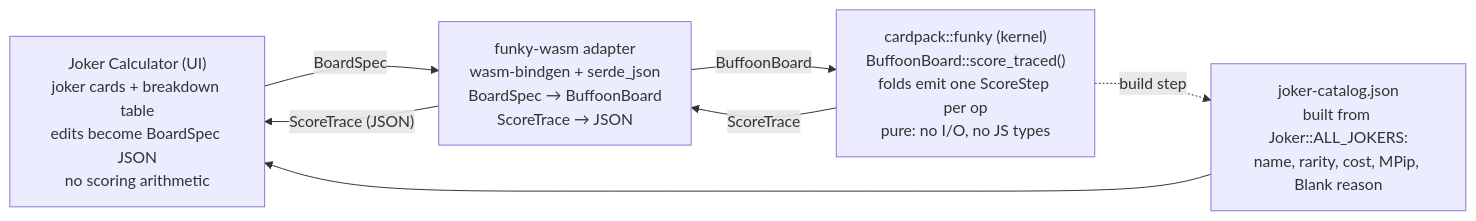
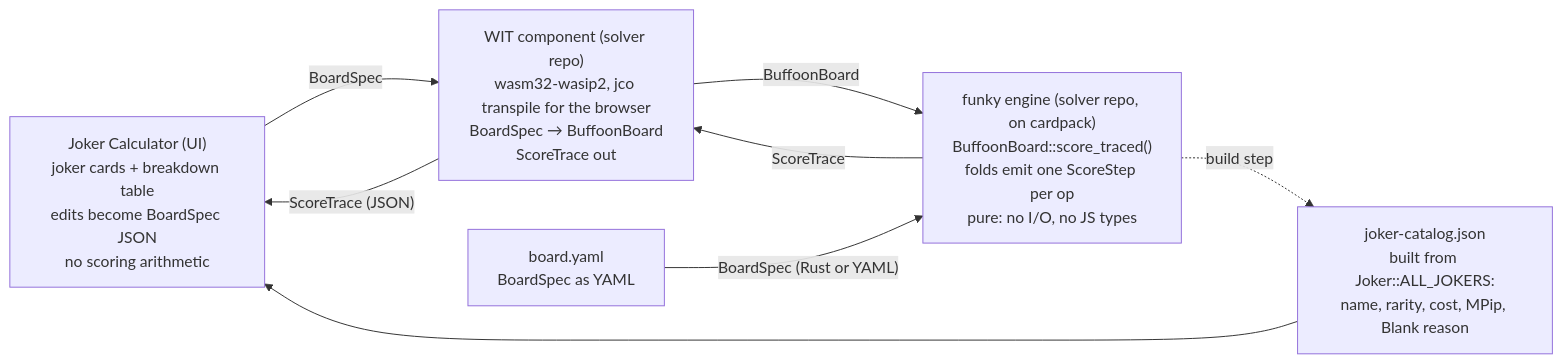
Before and after one commit to ImperialBower/cardpack.rs: the diagram in docs/EPIC-05_Joker_Calculator.md, drawn with Mermaid. The commit also changed other lines of this file and 10 other files, not shown here.

Commit message:
docs: EPIC-06 Funky Extraction into buffoonery; EPIC-05 reworked for WIT

````diff
--- a/docs/EPIC-05_Joker_Calculator.md
+++ b/docs/EPIC-05_Joker_Calculator.md
@@ -70,13 +80,15 @@
 ```mermaid
 flowchart LR
     UI["Joker Calculator (UI)<br/>joker cards + breakdown table<br/>edits become BoardSpec JSON<br/>no scoring arithmetic"]
-    AD["funky-wasm adapter<br/>wasm-bindgen + serde_json<br/>BoardSpec → BuffoonBoard<br/>ScoreTrace → JSON"]
-    K["cardpack::funky (kernel)<br/>BuffoonBoard::score_traced()<br/>folds emit one ScoreStep per op<br/>pure: no I/O, no JS types"]
+    AD["WIT component (solver repo)<br/>wasm32-wasip2, jco transpile for the browser<br/>BoardSpec → BuffoonBoard<br/>ScoreTrace out"]
+    K["funky engine (solver repo, on cardpack)<br/>BuffoonBoard::score_traced()<br/>folds emit one ScoreStep per op<br/>pure: no I/O, no JS types"]
+    Y["board.yaml<br/>BoardSpec as YAML"]
     CAT["joker-catalog.json<br/>built from Joker::ALL_JOKERS:<br/>name, rarity, cost, MPip, Blank reason"]
     UI -- BoardSpec --> AD
     AD -- "ScoreTrace (JSON)" --> UI
     AD -- BuffoonBoard --> K
     K -- ScoreTrace --> AD
     K -. build step .-> CAT
     CAT --> UI
+    Y -- "BoardSpec (Rust or YAML)" --> K
 ```
````
